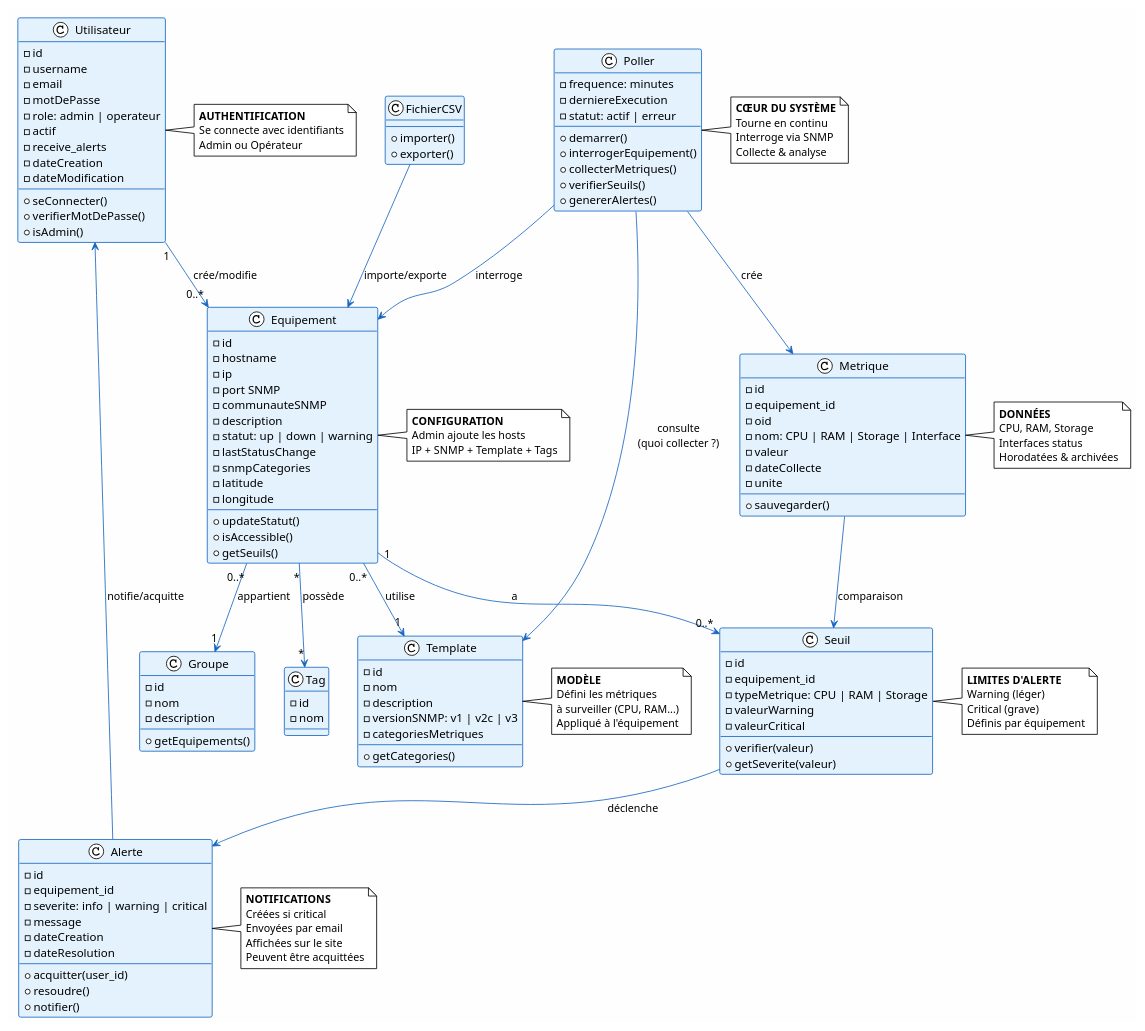
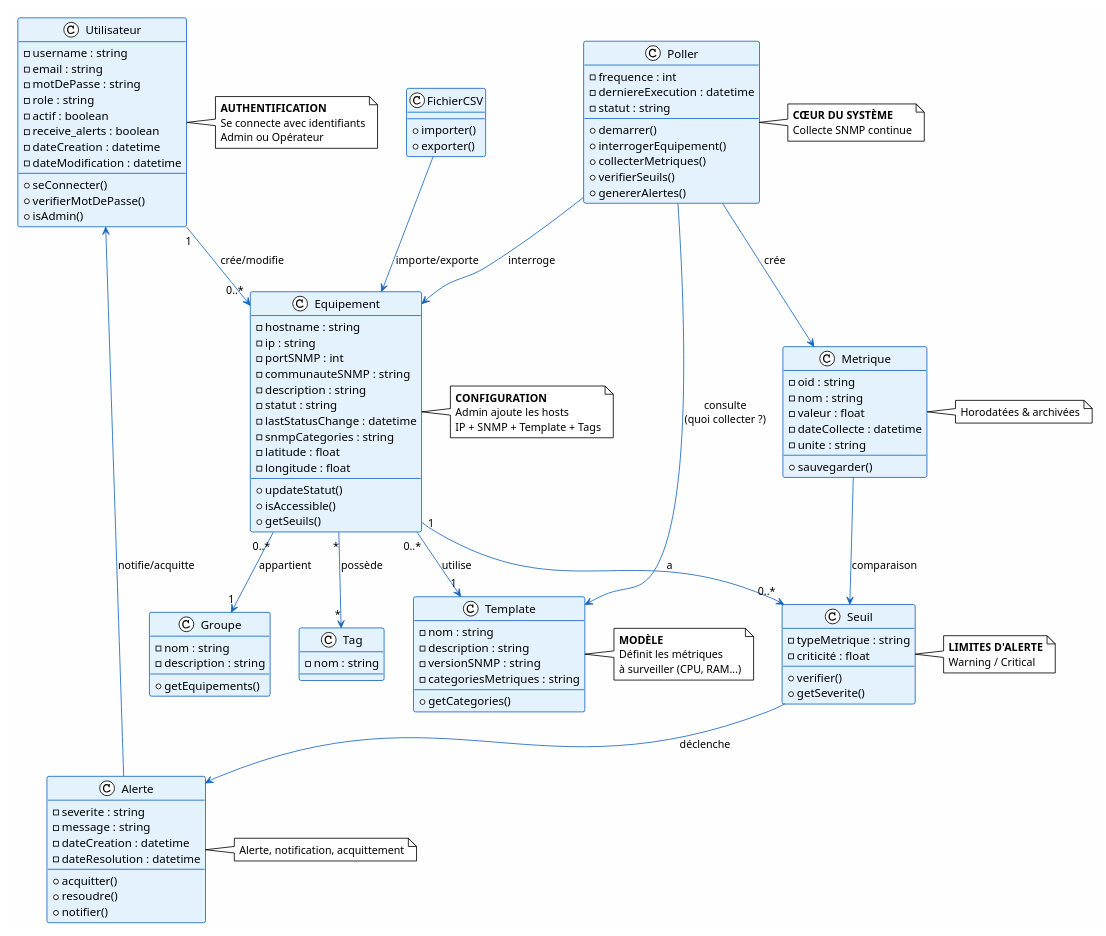
The diagram in Diagramme/UML/class_diagram_uml.puml (Noe-GAVILLET/Projet_supervision_reseau), drawn with PlantUML before and after one commit. The commit also changed 1 other file, not shown here.

Commit message:
Maj diagramme de classe

```diff
--- a/Diagramme/UML/class_diagram_uml.puml
+++ b/Diagramme/UML/class_diagram_uml.puml
@@ -1,4 +1,4 @@
-@startuml "Supervision Réseau - Diagramme UML"
+@startuml
 !theme plain
 skinparam backgroundColor #FEFEFE
 skinparam classBackgroundColor #E3F2FD
@@ -12,15 +12,14 @@
 ' ============================================================================
 
 class Utilisateur {
-  - id
-  - username
-  - email
-  - motDePasse
-  - role: admin | operateur
-  - actif
-  - receive_alerts
-  - dateCreation
-  - dateModification
+  - username : string
+  - email : string
+  - motDePasse : string
+  - role : string
+  - actif : boolean
+  - receive_alerts : boolean
+  - dateCreation : datetime
+  - dateModification : datetime
   --
   + seConnecter()
   + verifierMotDePasse()
@@ -32,17 +31,16 @@
 ' ============================================================================
 
 class Equipement {
-  - id
-  - hostname
-  - ip
-  - port SNMP
-  - communauteSNMP
-  - description
-  - statut: up | down | warning
-  - lastStatusChange
-  - snmpCategories  
-  - latitude
-  - longitude
+  - hostname : string
+  - ip : string
+  - portSNMP : int
+  - communauteSNMP : string
+  - description : string
+  - statut : string
+  - lastStatusChange : datetime
+  - snmpCategories : string
+  - latitude : float
+  - longitude : float
   --
   + updateStatut()
   + isAccessible()
@@ -50,26 +48,23 @@
 }
 
 class Template {
-  - id
-  - nom
-  - description
-  - versionSNMP: v1 | v2c | v3
-  - categoriesMetriques
+  - nom : string
+  - description : string
+  - versionSNMP : string
+  - categoriesMetriques : string
   --
   + getCategories()
 }
 
 class Groupe {
-  - id
-  - nom
-  - description
+  - nom : string
+  - description : string
   --
   + getEquipements()
 }
 
 class Tag {
-  - id
-  - nom
+  - nom : string
 }
 
 ' ============================================================================
@@ -77,14 +72,11 @@
 ' ============================================================================
 
 class Seuil {
-  - id
-  - equipement_id
-  - typeMetrique: CPU | RAM | Storage
-  - valeurWarning
-  - valeurCritical
+  - typeMetrique : string
+  - criticité : float
   --
-  + verifier(valeur)
-  + getSeverite(valeur)
+  + verifier()
+  + getSeverite()
 }
 
 ' ============================================================================
@@ -92,9 +84,9 @@
 ' ============================================================================
 
 class Poller {
-  - frequence: minutes
-  - derniereExecution
-  - statut: actif | erreur
+  - frequence : int
+  - derniereExecution : datetime
+  - statut : string
   --
   + demarrer()
   + interrogerEquipement()
@@ -108,13 +100,11 @@
 ' ============================================================================
 
 class Metrique {
-  - id
-  - equipement_id
-  - oid
-  - nom: CPU | RAM | Storage | Interface
-  - valeur
-  - dateCollecte
-  - unite
+  - oid : string
+  - nom : string
+  - valeur : float
+  - dateCollecte : datetime
+  - unite : string
   --
   + sauvegarder()
 }
@@ -124,14 +114,12 @@
 ' ============================================================================
 
 class Alerte {
-  - id
-  - equipement_id
-  - severite: info | warning | critical
-  - message
-  - dateCreation
-  - dateResolution
+  - severite : string
+  - message : string
+  - dateCreation : datetime
+  - dateResolution : datetime
   --
-  + acquitter(user_id)
+  + acquitter()
   + resoudre()
   + notifier()
 }
@@ -141,55 +129,29 @@
 ' ============================================================================
 
 class FichierCSV {
-  --
   + importer()
   + exporter()
 }
 
 ' ============================================================================
-' FLUX PRINCIPAL: UTILISATEUR -> CONFIGURATION
+' ASSOCIATIONS (inchangées)
 ' ============================================================================
 
 Utilisateur "1" --> "0..*" Equipement : crée/modifie
-
-' ============================================================================
-' FLUX PRINCIPAL: CONFIGURATION DES EQUIPEMENTS
-' ============================================================================
-
 Equipement "0..*" --> "1" Template : utilise
 Equipement "*" --> "*" Tag : possède
 Equipement "0..*" --> "1" Groupe : appartient
 Equipement "1" --> "0..*" Seuil : a
-
-' ============================================================================
-' FLUX PRINCIPAL: IMPORT/EXPORT
-' ============================================================================
-
 FichierCSV --> Equipement : importe/exporte
-
-' ============================================================================
-' FLUX PRINCIPAL: POLLER -> COLLECTE DE DONNÉES
-' ============================================================================
-
 Poller --> Template : consulte\n(quoi collecter ?)
 Poller --> Equipement : interroge
 Poller --> Metrique : crée
-
-' ============================================================================
-' FLUX PRINCIPAL: ANALYSE DES SEUILS
-' ============================================================================
-
 Metrique --> Seuil : comparaison
 Seuil --> Alerte : déclenche
-
-' ============================================================================
-' FLUX PRINCIPAL: GESTION DES ALERTES
-' ============================================================================
-
 Alerte --> Utilisateur : notifie/acquitte
 
 ' ============================================================================
-' NOTES EXPLICATIVES
+' NOTES (inchangées)
 ' ============================================================================
 
 note right of Utilisateur
@@ -206,38 +168,25 @@
 
 note right of Template
   **MODÈLE**
-  Défini les métriques
+  Définit les métriques
   à surveiller (CPU, RAM...)
-  Appliqué à l'équipement
 end note
 
 note right of Seuil
   **LIMITES D'ALERTE**
-  Warning (léger)
-  Critical (grave)
-  Définis par équipement
+  Warning / Critical
 end note
 
 note right of Poller
   **CŒUR DU SYSTÈME**
-  Tourne en continu
-  Interroge via SNMP
-  Collecte & analyse
+  Collecte SNMP continue
 end note
 
 note right of Metrique
-  **DONNÉES**
-  CPU, RAM, Storage
-  Interfaces status
   Horodatées & archivées
 end note
 
 note right of Alerte
-  **NOTIFICATIONS**
-  Créées si critical
-  Envoyées par email
-  Affichées sur le site
-  Peuvent être acquittées
+  Alerte, notification, acquittement
 end note
-
 @enduml
```
